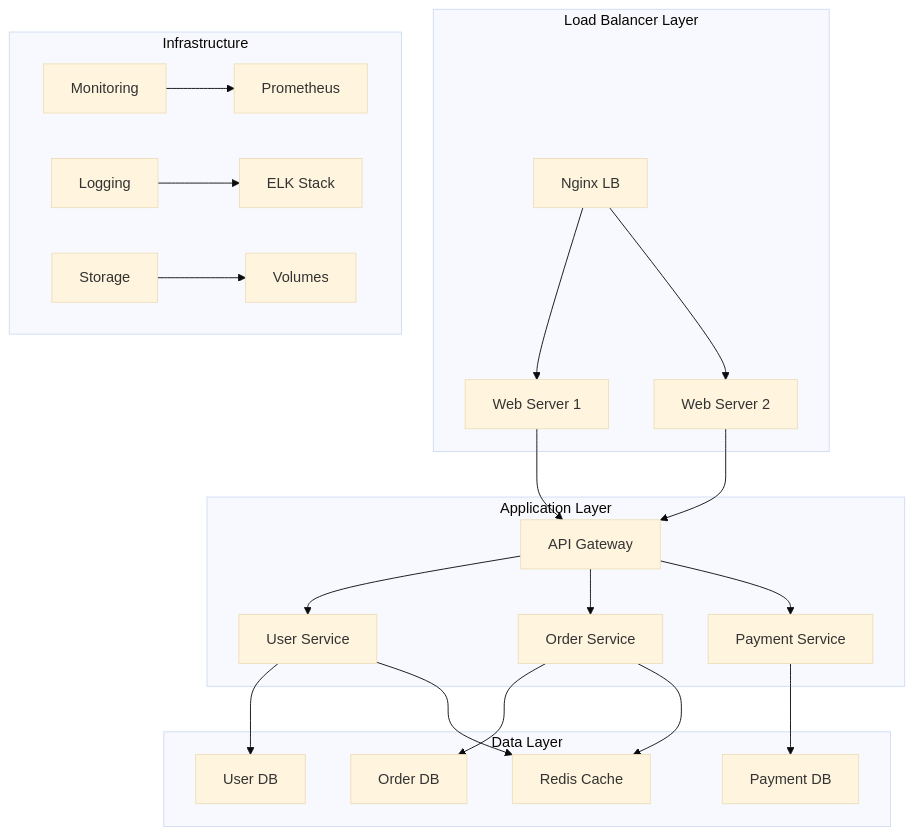
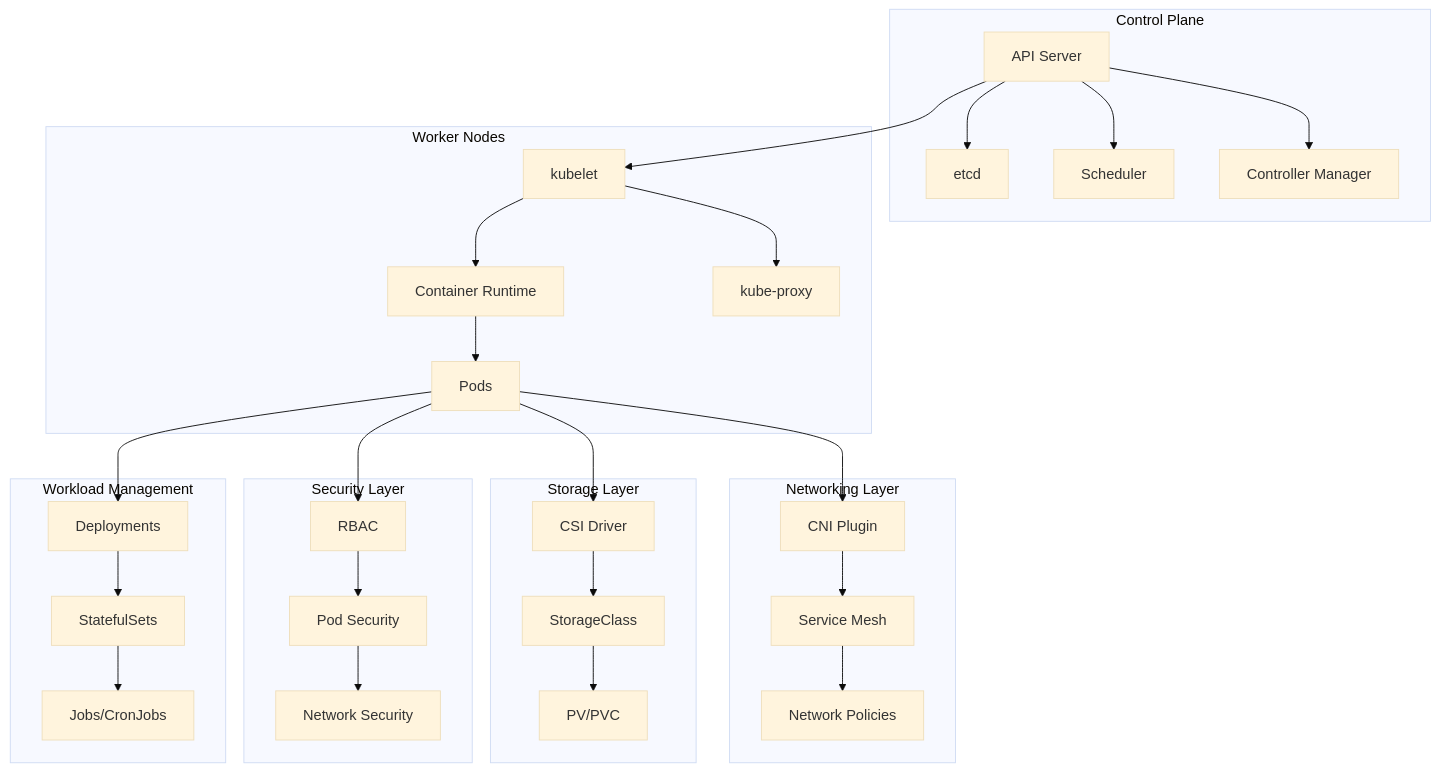
One commit to niceguy61/kdt_devops_lecture_2025 changed the diagram in week_02/day_03/session_08.md. Above: the diagram before and after it, drawn with Mermaid (base theme). The commit also changed other lines of this file and 41 other files, not shown here.

````diff
--- a/week_02/day_03/session_08.md
+++ b/week_02/day_03/session_08.md
@@ -15,29 +15,40 @@
 ```mermaid
 graph TB
-    subgraph "Load Balancer Layer"
-        A[Nginx LB] --> B[Web Server 1]
-        A --> C[Web Server 2]
+    subgraph "Control Plane"
+        A[API Server] --> B[etcd]
+        A --> C[Scheduler]
+        A --> D[Controller Manager]
     end
     
-    subgraph "Application Layer"
-        B --> D[API Gateway]
-        C --> D
-        D --> E[User Service]
-        D --> F[Order Service]
-        D --> G[Payment Service]
+    subgraph "Worker Nodes"
+        E[kubelet] --> F[Container Runtime]
+        E --> G[kube-proxy]
+        F --> H[Pods]
     end
     
-    subgraph "Data Layer"
-        E --> H[User DB]
-        F --> I[Order DB]
-        G --> J[Payment DB]
-        E --> K[Redis Cache]
-        F --> K
+    subgraph "Networking Layer"
+        I[CNI Plugin] --> J[Service Mesh]
+        J --> K[Network Policies]
     end
     
-    subgraph "Infrastructure"
-        L[Monitoring] --> M[Prometheus]
-        N[Logging] --> O[ELK Stack]
-        P[Storage] --> Q[Volumes]
+    subgraph "Storage Layer"
+        L[CSI Driver] --> M[StorageClass]
+        M --> N[PV/PVC]
     end
+    
+    subgraph "Security Layer"
+        O[RBAC] --> P[Pod Security]
+        P --> Q[Network Security]
+    end
+    
+    subgraph "Workload Management"
+        R[Deployments] --> S[StatefulSets]
+        S --> T[Jobs/CronJobs]
+    end
+    
+    A --> E
+    H --> I
+    H --> L
+    H --> O
+    H --> R
 ```
````
